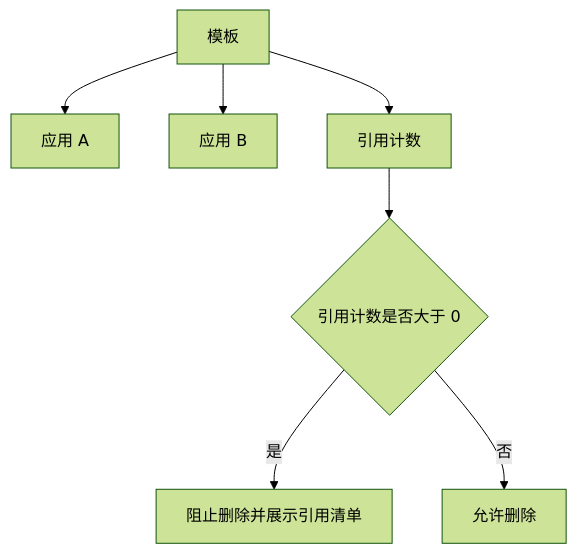
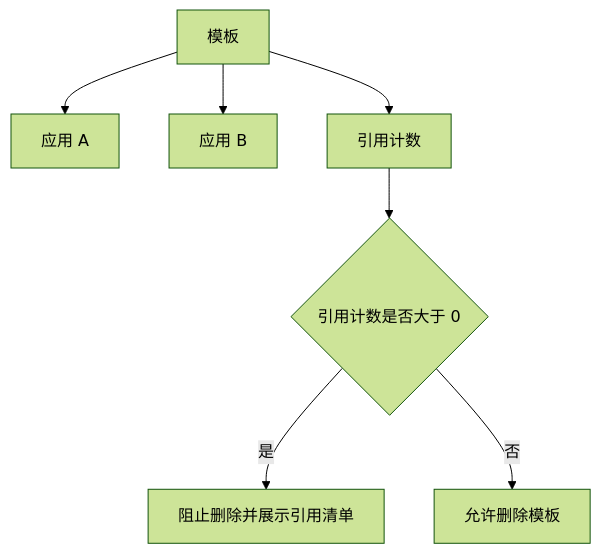
The second of 2 diagrams in 00_product/domains/application-platform/product-spec.md (wangweihong/omnimam-spec), drawn with Mermaid (forest theme) before and after one commit. The commit also changed other lines of this file and 9 other files, not shown here.

````diff
--- a/00_product/domains/application-platform/product-spec.md
+++ b/00_product/domains/application-platform/product-spec.md
@@ -281,9 +286,9 @@
 ```mermaid
 flowchart TD
   T["模板"] --> A1["应用 A"]
   T --> A2["应用 B"]
   T --> R["引用计数"]
   R --> D{"引用计数是否大于 0"}
   D -->|是| E["阻止删除并展示引用清单"]
-  D -->|否| F["允许删除"]
+  D -->|否| F["允许删除模板"]
 ```
````
